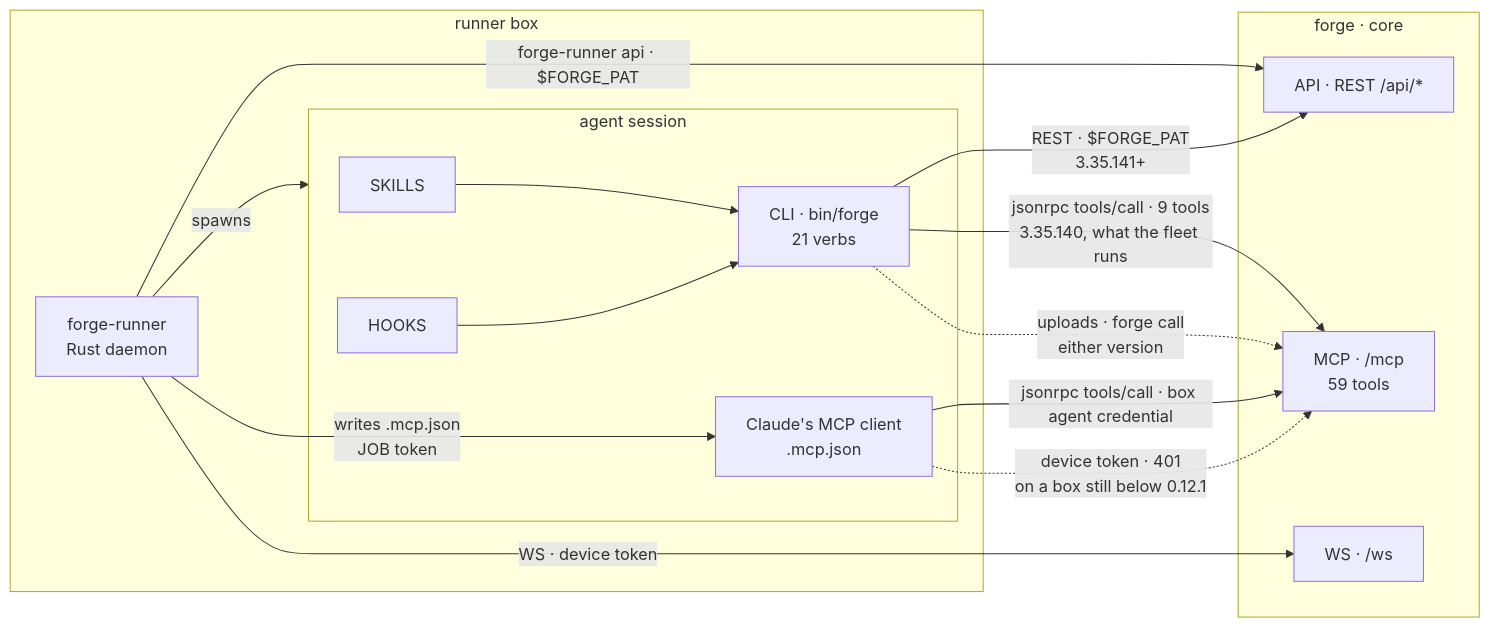
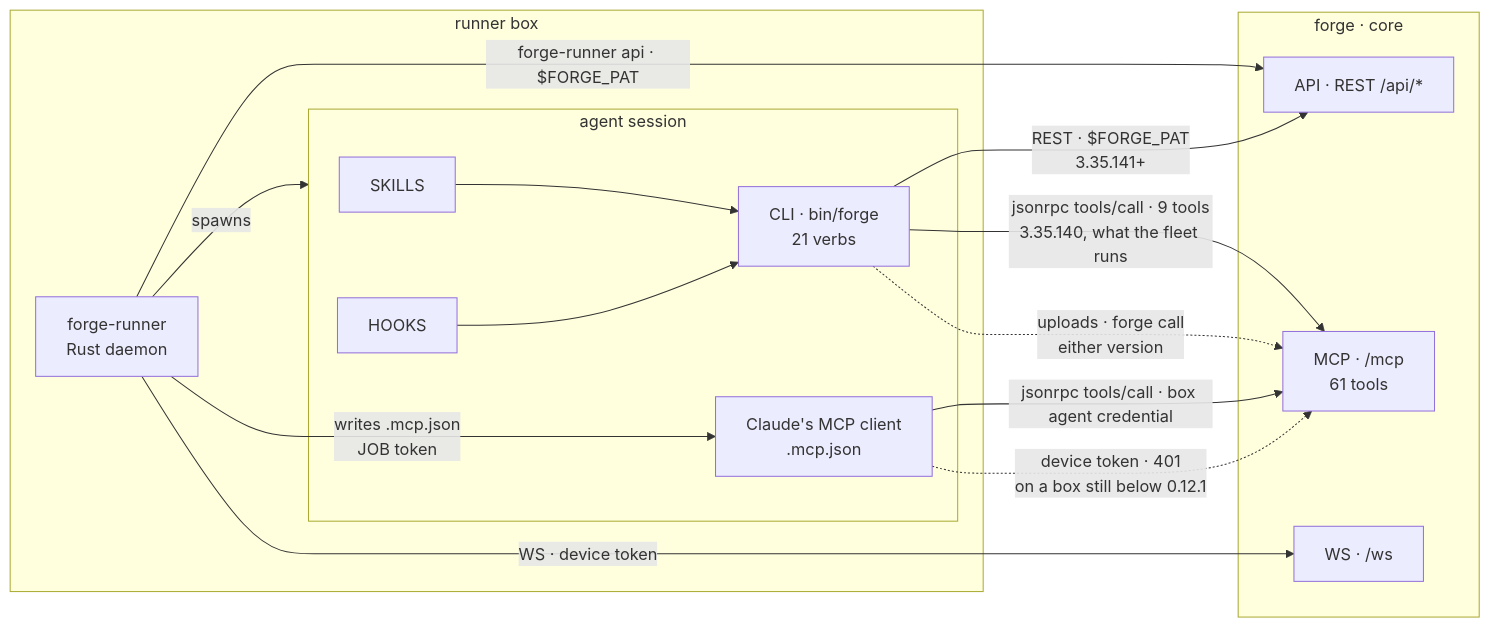
The first of 2 diagrams in docs/architecture/agent-surface.md (SidCorp-co/forge), drawn with Mermaid before and after one commit. The commit also changed other lines of this file and 19 other files, not shown here.

````diff
--- a/docs/architecture/agent-surface.md
+++ b/docs/architecture/agent-surface.md
@@ -13,27 +13,27 @@
 ```mermaid
 flowchart LR
   subgraph BOX["runner box"]
     D["forge-runner<br/>Rust daemon"]
     subgraph S["agent session"]
       SK["SKILLS"] --> CLI["CLI · bin/forge<br/>21 verbs"]
       HK["HOOKS"] --> CLI
       MC["Claude's MCP client<br/>.mcp.json"]
     end
     D -->|spawns| S
     D -->|"writes .mcp.json<br/>JOB token"| MC
   end
 
   subgraph CORE["forge · core"]
     API["API · REST /api/*"]
-    MCP["MCP · /mcp<br/>59 tools"]
+    MCP["MCP · /mcp<br/>61 tools"]
     WS["WS · /ws"]
   end
 
   D -->|"WS · device token"| WS
   D -->|"forge-runner api · $FORGE_PAT"| API
   CLI -->|"REST · $FORGE_PAT<br/>3.35.141+"| API
   CLI -->|"jsonrpc tools/call · 9 tools<br/>3.35.140, what the fleet runs"| MCP
   CLI -.->|"uploads · forge call<br/>either version"| MCP
   MC -->|"jsonrpc tools/call · box agent credential"| MCP
   MC -.->|"device token · 401<br/>on a box still below 0.12.1"| MCP
 ```
````
